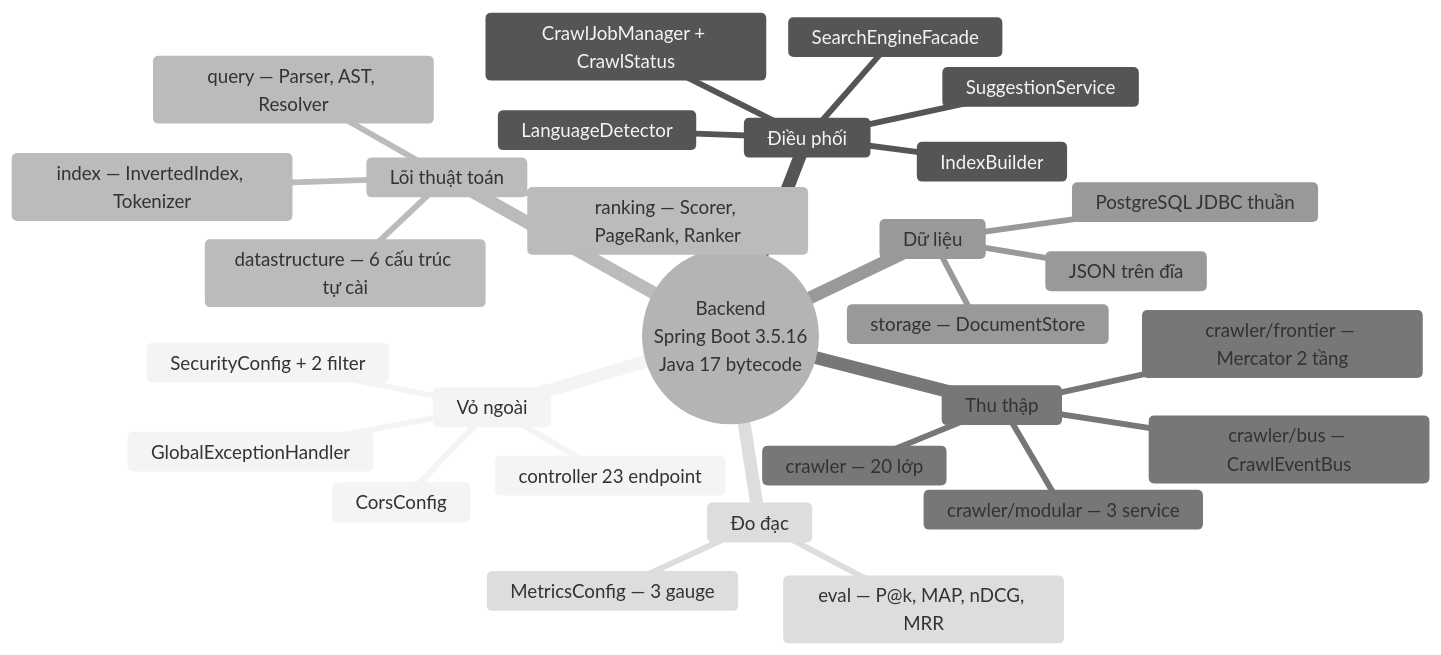
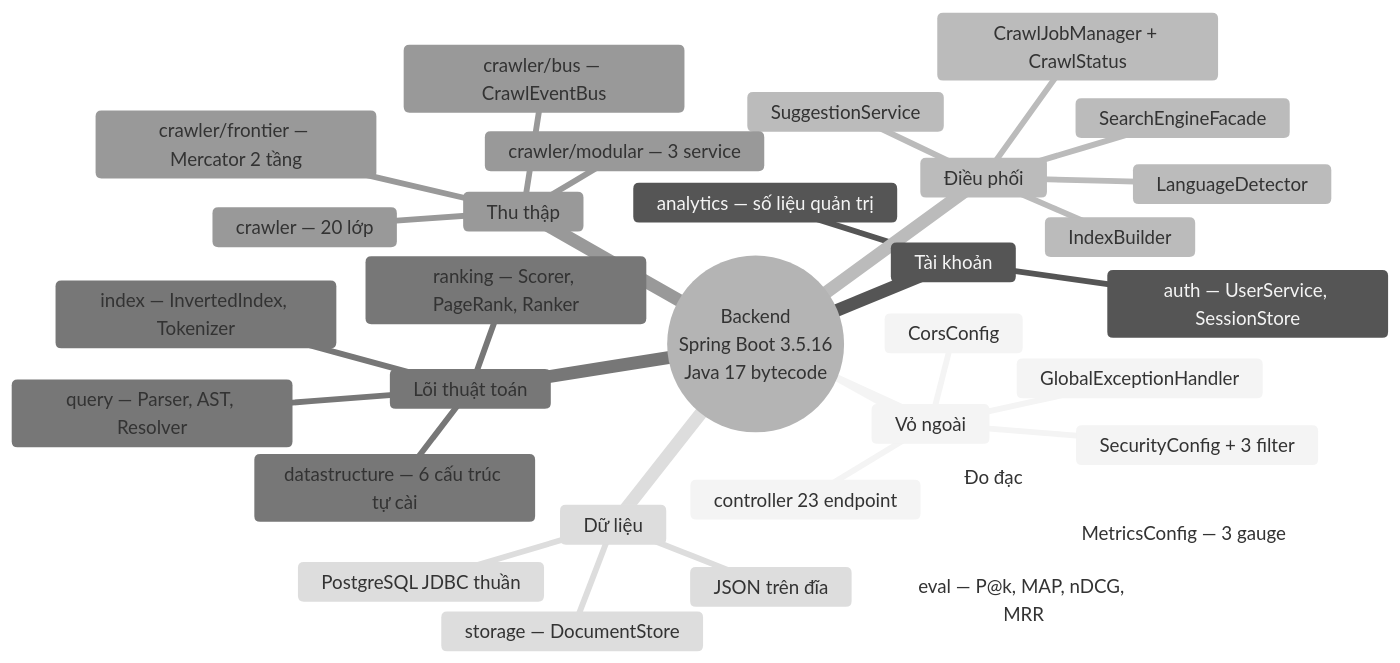
Before and after one commit to KietAnhCS/CocCoc-Plus: the first of 3 diagrams in docs/BACKEND.md, drawn with Mermaid (neutral theme). The commit also changed other lines of this file and 10 other files, not shown here.

````diff
--- a/docs/BACKEND.md
+++ b/docs/BACKEND.md
@@ -44,32 +45,35 @@
 ```mermaid
 mindmap
   root((Backend<br/>Spring Boot 3.5.16<br/>Java 17 bytecode))
     Vỏ ngoài
       controller 23 endpoint
       GlobalExceptionHandler
-      SecurityConfig + 2 filter
+      SecurityConfig + 3 filter
       CorsConfig
+    Tài khoản
+      auth — UserService, SessionStore
+      analytics — số liệu quản trị
     Điều phối
       SearchEngineFacade
       IndexBuilder
       CrawlJobManager + CrawlStatus
       SuggestionService
       LanguageDetector
     Lõi thuật toán
       index — InvertedIndex, Tokenizer
       query — Parser, AST, Resolver
       ranking — Scorer, PageRank, Ranker
       datastructure — 6 cấu trúc tự cài
     Thu thập
       crawler — 20 lớp
       crawler/frontier — Mercator 2 tầng
       crawler/bus — CrawlEventBus
       crawler/modular — 3 service
     Dữ liệu
       storage — DocumentStore
       PostgreSQL JDBC thuần
       JSON trên đĩa
     Đo đạc
       eval — P@k, MAP, nDCG, MRR
       MetricsConfig — 3 gauge
 ```
````
